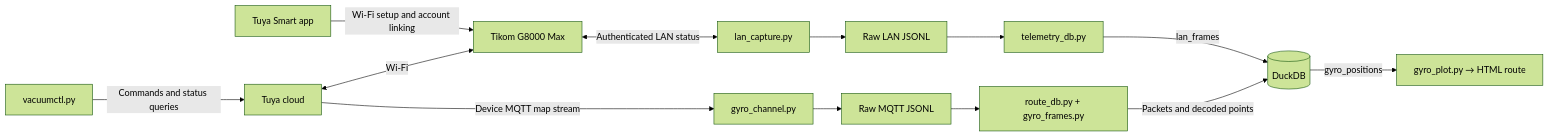
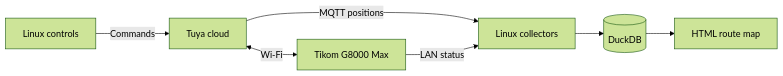
Before and after one commit to hsmahon/smart-vacuum: the diagram in README.md, drawn with Mermaid (forest theme). The commit also changed other lines of this file and 1 other file, not shown here.

Commit message:
Show captured route and simplify system diagram

````diff
--- a/README.md
+++ b/README.md
@@ -14,15 +14,9 @@
 ```mermaid
 flowchart LR
-    App["Tuya Smart app"] -->|Wi-Fi setup and account linking| Vacuum["Tikom G8000 Max"]
-    Control["vacuumctl.py"] -->|Commands and status queries| Cloud["Tuya cloud"]
-    Cloud <-->|Wi-Fi| Vacuum
-    Cloud -->|Device MQTT map stream| Gyro["gyro_channel.py"]
-    Gyro --> Raw["Raw MQTT JSONL"]
-    Raw --> Decode["route_db.py + gyro_frames.py"]
-    Decode -->|Packets and decoded points| DB[("DuckDB")]
-    DB -->|gyro_positions| Plot["gyro_plot.py → HTML route"]
-    Vacuum <-->|Authenticated LAN status| LAN["lan_capture.py"]
-    LAN --> LANRaw["Raw LAN JSONL"]
-    LANRaw --> Import["telemetry_db.py"]
-    Import -->|lan_frames| DB
+    Control["Linux controls"] -->|Commands| Cloud["Tuya cloud"]
+    Cloud <-->|Wi-Fi| Vacuum["Tikom G8000 Max"]
+    Cloud -->|MQTT positions| Capture["Linux collectors"]
+    Vacuum -->|LAN status| Capture
+    Capture --> DB[("DuckDB")]
+    DB --> Plot["HTML route map"]
 ```
````
